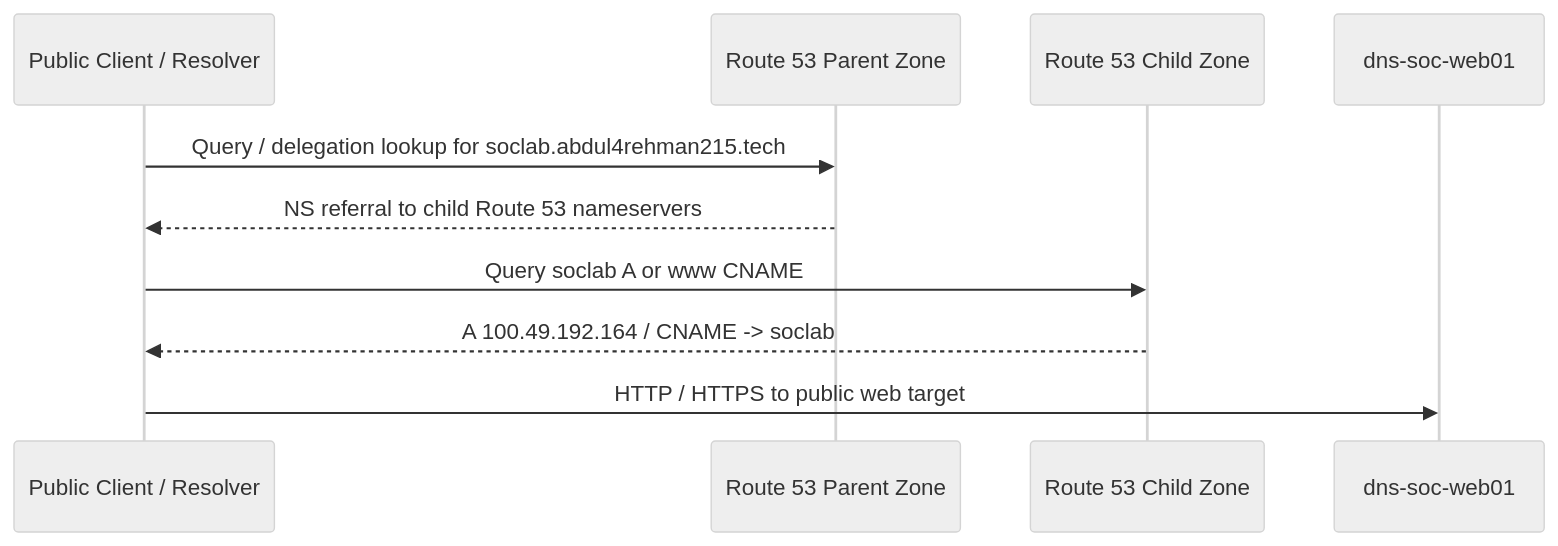
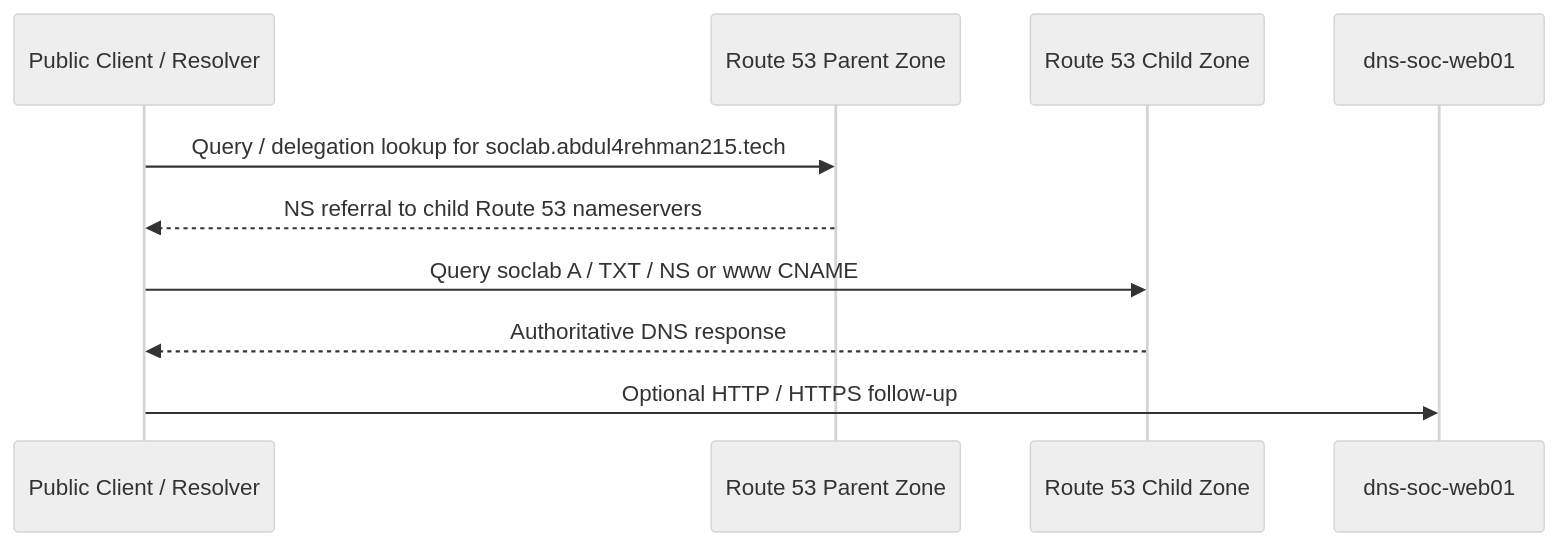
The first of 4 diagrams in 01-network-architecture/traffic-flow.md (DNS-SOC-Lab/DNS-Lab-Infrastructure), drawn with Mermaid (neutral theme) before and after one commit. The commit also changed other lines of this file and 2 other files, not shown here.

````diff
--- a/01-network-architecture/traffic-flow.md
+++ b/01-network-architecture/traffic-flow.md
@@ -7,13 +7,13 @@
 ```mermaid
 sequenceDiagram
     participant C as Public Client / Resolver
     participant P as Route 53 Parent Zone
     participant D as Route 53 Child Zone
     participant W as dns-soc-web01
 
     C->>P: Query / delegation lookup for soclab.abdul4rehman215.tech
     P-->>C: NS referral to child Route 53 nameservers
-    C->>D: Query soclab A or www CNAME
-    D-->>C: A 100.49.192.164 / CNAME -> soclab
-    C->>W: HTTP / HTTPS to public web target
+    C->>D: Query soclab A / TXT / NS or www CNAME
+    D-->>C: Authoritative DNS response
+    C->>W: Optional HTTP / HTTPS follow-up
 ```
````
